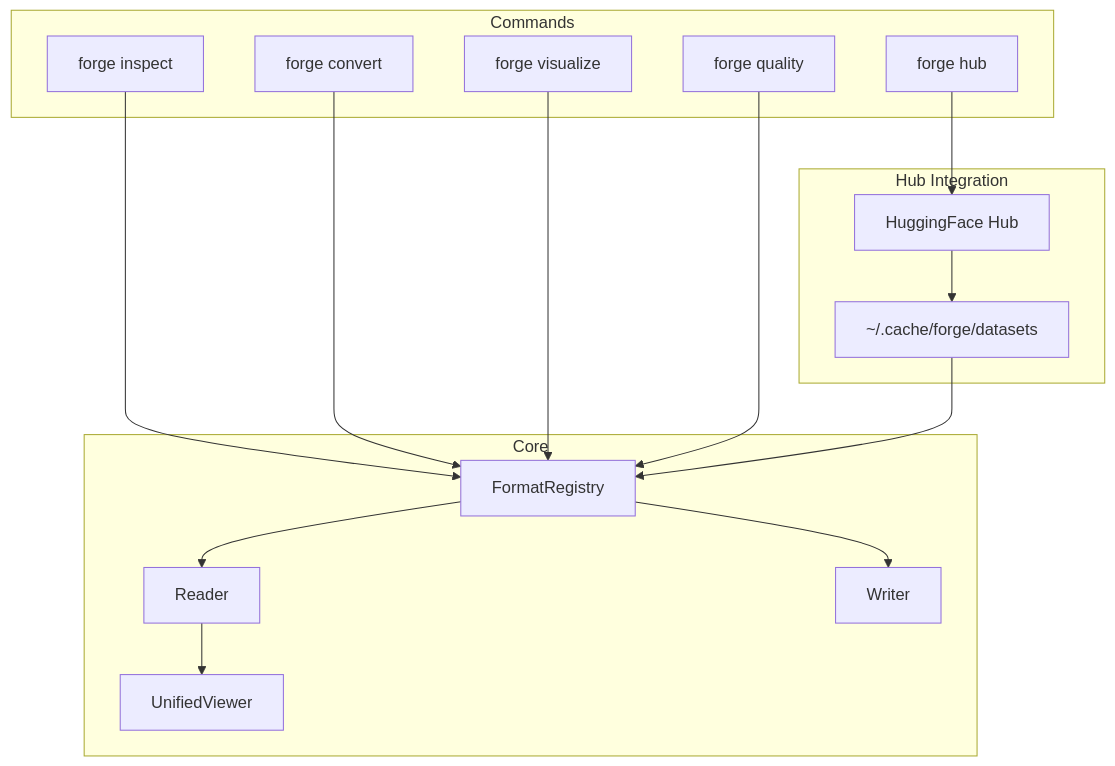
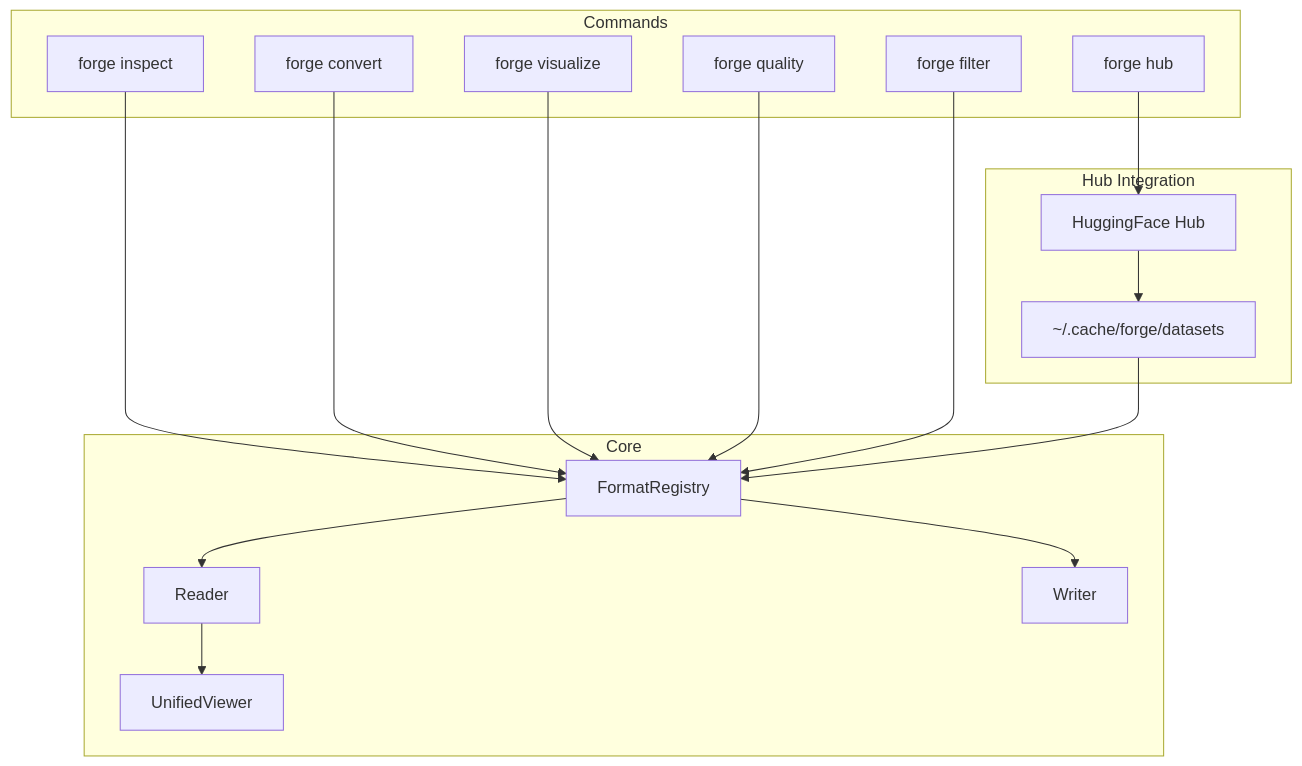
Before and after one commit to jony-llamado/convert_data: the fourth of 5 diagrams in docs/architecture.md, drawn with Mermaid. The commit also changed other lines of this file and 9 other files, not shown here.

````diff
--- a/docs/architecture.md
+++ b/docs/architecture.md
@@ -114,35 +114,37 @@
 ```mermaid
 flowchart TD
     subgraph Commands
         Inspect[forge inspect]
         Convert[forge convert]
         Visualize[forge visualize]
         QualityCmd[forge quality]
+        FilterCmd[forge filter]
         Hub[forge hub]
     end
 
     subgraph Hub Integration
         HF[HuggingFace Hub]
         Cache[~/.cache/forge/datasets]
     end
 
     subgraph Core
         Registry[FormatRegistry]
         Reader[Reader]
         Writer[Writer]
         Viewer[UnifiedViewer]
     end
 
     Inspect --> Registry
     Convert --> Registry
     Visualize --> Registry
     QualityCmd --> Registry
+    FilterCmd --> Registry
 
     Hub --> HF
     HF --> Cache
     Cache --> Registry
 
     Registry --> Reader
     Registry --> Writer
     Reader --> Viewer
 ```
````
